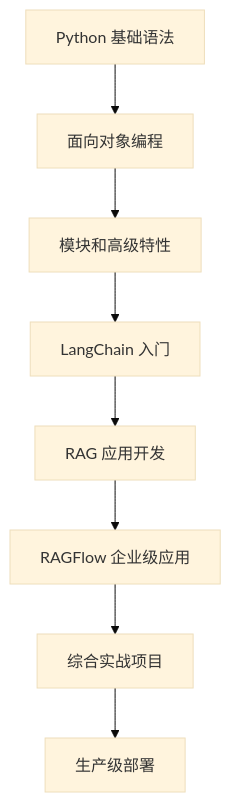
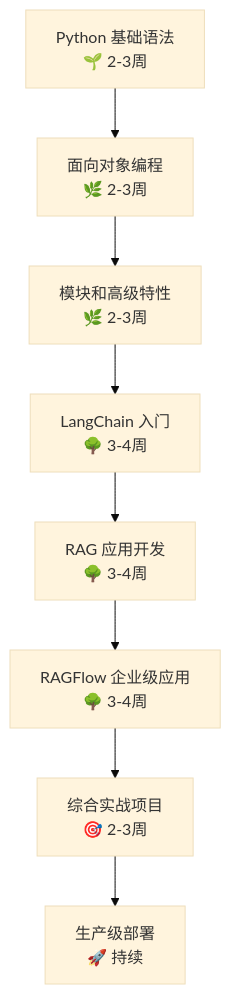
The diagram in README.md (kwoker/python-learning), drawn with Mermaid (base theme) before and after one commit. The commit also changed other lines of this file, not shown here.

````diff
--- a/README.md
+++ b/README.md
@@ -352,10 +354,10 @@
 ```mermaid
 graph TD
-    A[Python 基础语法] --> B[面向对象编程]
-    B --> C[模块和高级特性]
-    C --> D[LangChain 入门]
-    D --> E[RAG 应用开发]
-    E --> F[RAGFlow 企业级应用]
-    F --> G[综合实战项目]
-    G --> H[生产级部署]
+    A[Python 基础语法<br/>🌱 2-3周] --> B[面向对象编程<br/>🌿 2-3周]
+    B --> C[模块和高级特性<br/>🌿 2-3周]
+    C --> D[LangChain 入门<br/>🌳 3-4周]
+    D --> E[RAG 应用开发<br/>🌳 3-4周]
+    E --> F[RAGFlow 企业级应用<br/>🌳 3-4周]
+    F --> G[综合实战项目<br/>🎯 2-3周]
+    G --> H[生产级部署<br/>🚀 持续]
 ```
````
